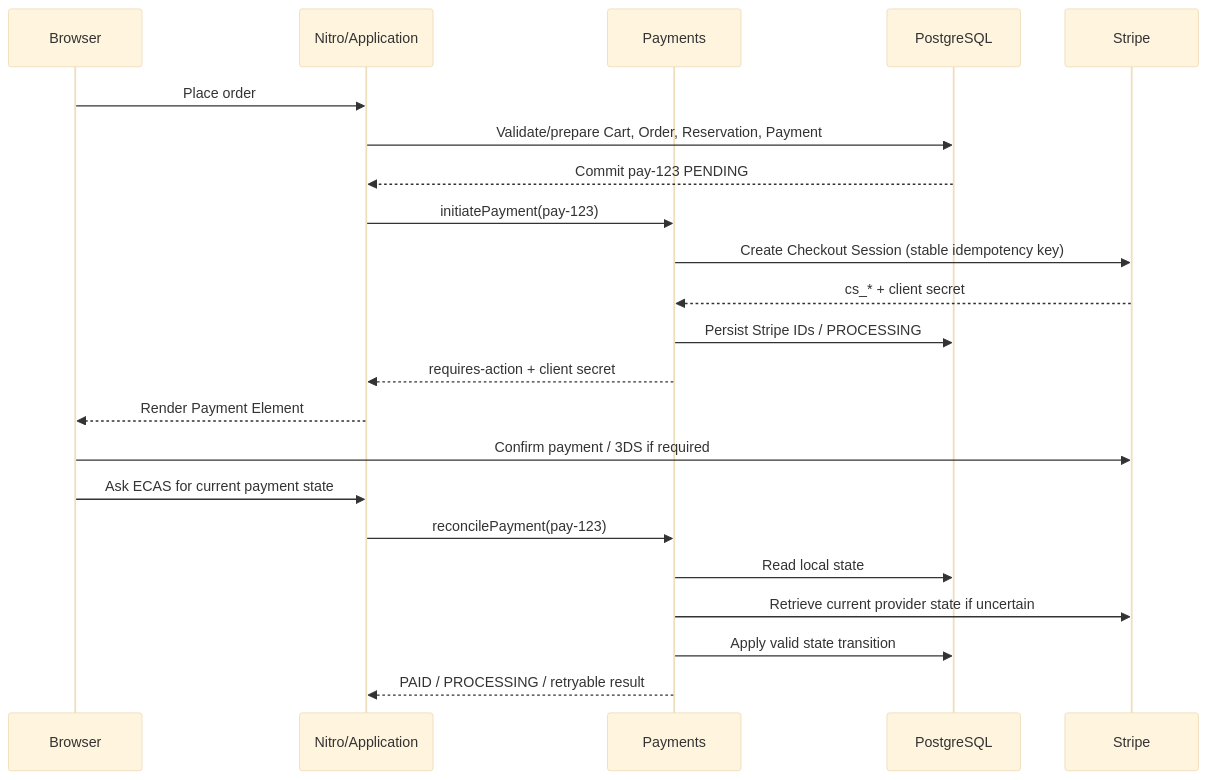
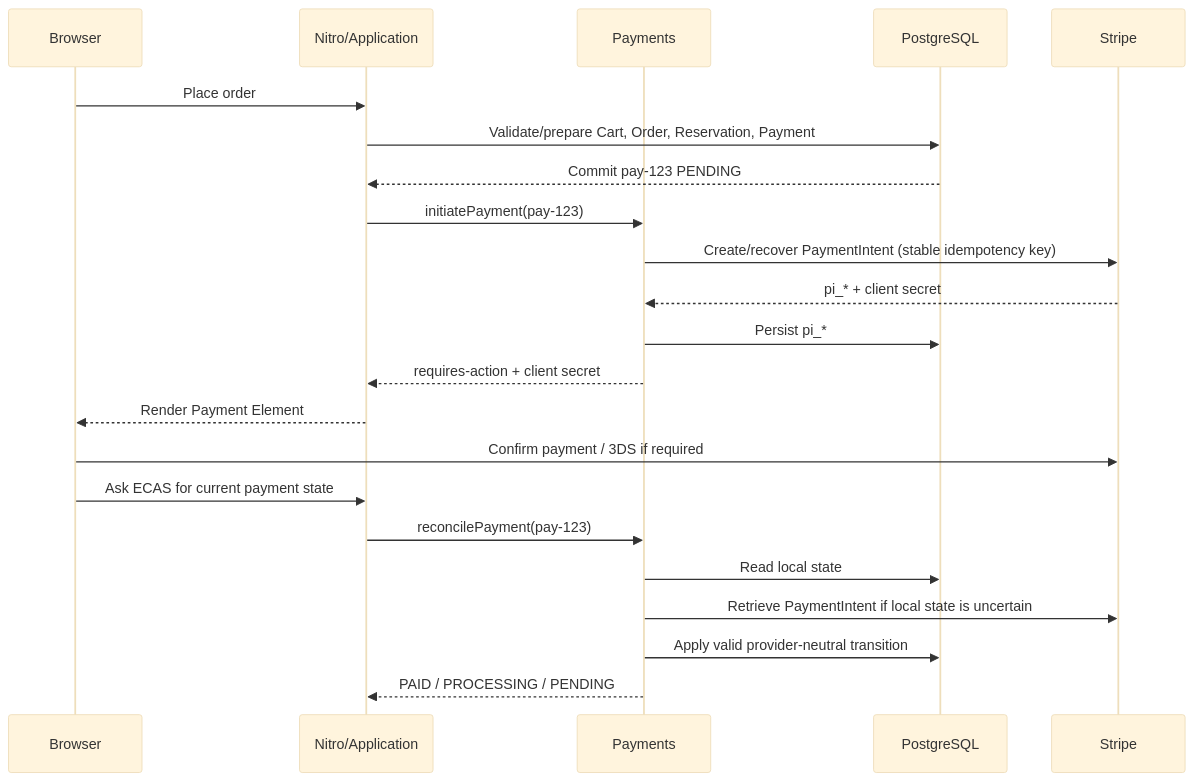
The first of 2 diagrams in docs/system-design/08-stripe-payment-provider-and-recovery.md (caraseli02/agent-Commerce), drawn with Mermaid (base theme) before and after one commit. The commit also changed other lines of this file, not shown here.

Commit message:
docs: simplify Stripe design around one PaymentIntent

````diff
--- a/docs/system-design/08-stripe-payment-provider-and-recovery.md
+++ b/docs/system-design/08-stripe-payment-provider-and-recovery.md
@@ -409,25 +430,25 @@
 ```mermaid
 sequenceDiagram
     participant B as Browser
     participant A as Nitro/Application
     participant P as Payments
     participant DB as PostgreSQL
     participant S as Stripe
 
     B->>A: Place order
     A->>DB: Validate/prepare Cart, Order, Reservation, Payment
     DB-->>A: Commit pay-123 PENDING
     A->>P: initiatePayment(pay-123)
-    P->>S: Create Checkout Session (stable idempotency key)
-    S-->>P: cs_* + client secret
-    P->>DB: Persist Stripe IDs / PROCESSING
+    P->>S: Create/recover PaymentIntent (stable idempotency key)
+    S-->>P: pi_* + client secret
+    P->>DB: Persist pi_*
     P-->>A: requires-action + client secret
     A-->>B: Render Payment Element
     B->>S: Confirm payment / 3DS if required
     B->>A: Ask ECAS for current payment state
     A->>P: reconcilePayment(pay-123)
     P->>DB: Read local state
-    P->>S: Retrieve current provider state if uncertain
-    P->>DB: Apply valid state transition
-    P-->>A: PAID / PROCESSING / retryable result
+    P->>S: Retrieve PaymentIntent if local state is uncertain
+    P->>DB: Apply valid provider-neutral transition
+    P-->>A: PAID / PROCESSING / PENDING
 ```
````
